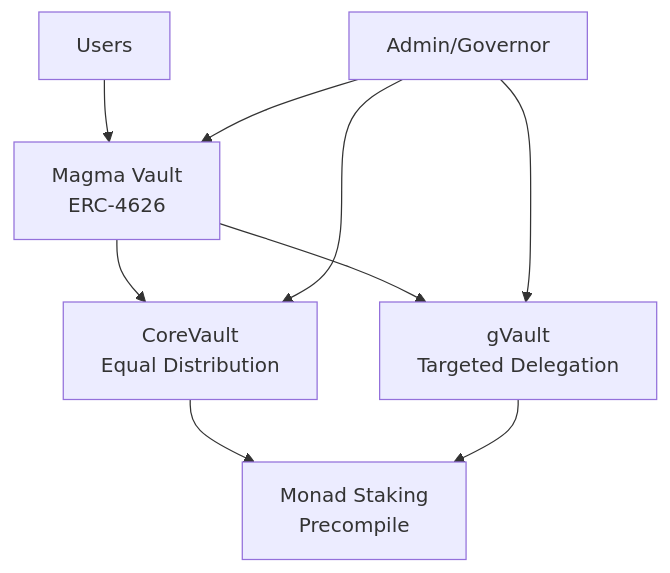
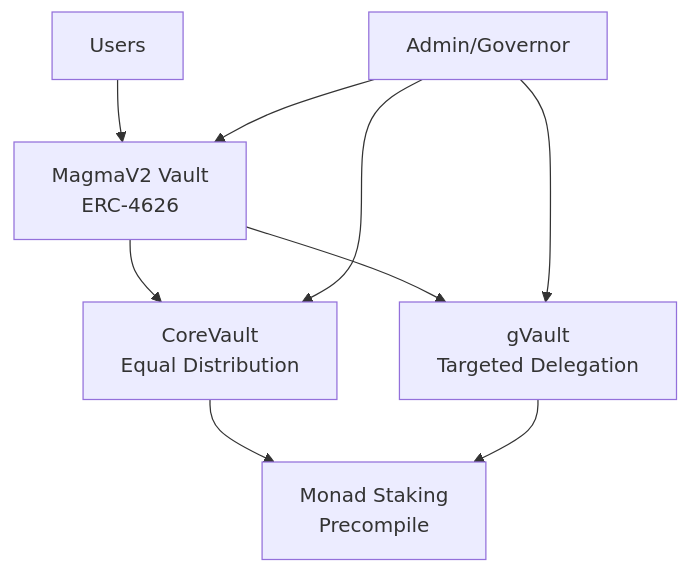
One commit to MagmaStaking/contracts-public changed the diagram in README.md. Above: the diagram before and after it, drawn with Mermaid. The commit also changed other lines of this file and 2 other files, not shown here.

Commit message:
update solhint, makefile and readme

````diff
--- a/README.md
+++ b/README.md
@@ -27,11 +27,11 @@
 ```mermaid
 graph TB
-    Users[Users] --> Magma[Magma Vault<br/>ERC-4626]
-    Magma --> CoreVault[CoreVault<br/>Equal Distribution]
-    Magma --> gVault[gVault<br/>Targeted Delegation]
+    Users[Users] --> MagmaV2[MagmaV2 Vault<br/>ERC-4626]
+    MagmaV2 --> CoreVault[CoreVault<br/>Equal Distribution]
+    MagmaV2 --> gVault[gVault<br/>Targeted Delegation]
     CoreVault --> Precompile[Monad Staking<br/>Precompile]
     gVault --> Precompile
-    Admin[Admin/Governor] --> Magma
+    Admin[Admin/Governor] --> MagmaV2
     Admin --> CoreVault
     Admin --> gVault
 ```
````
